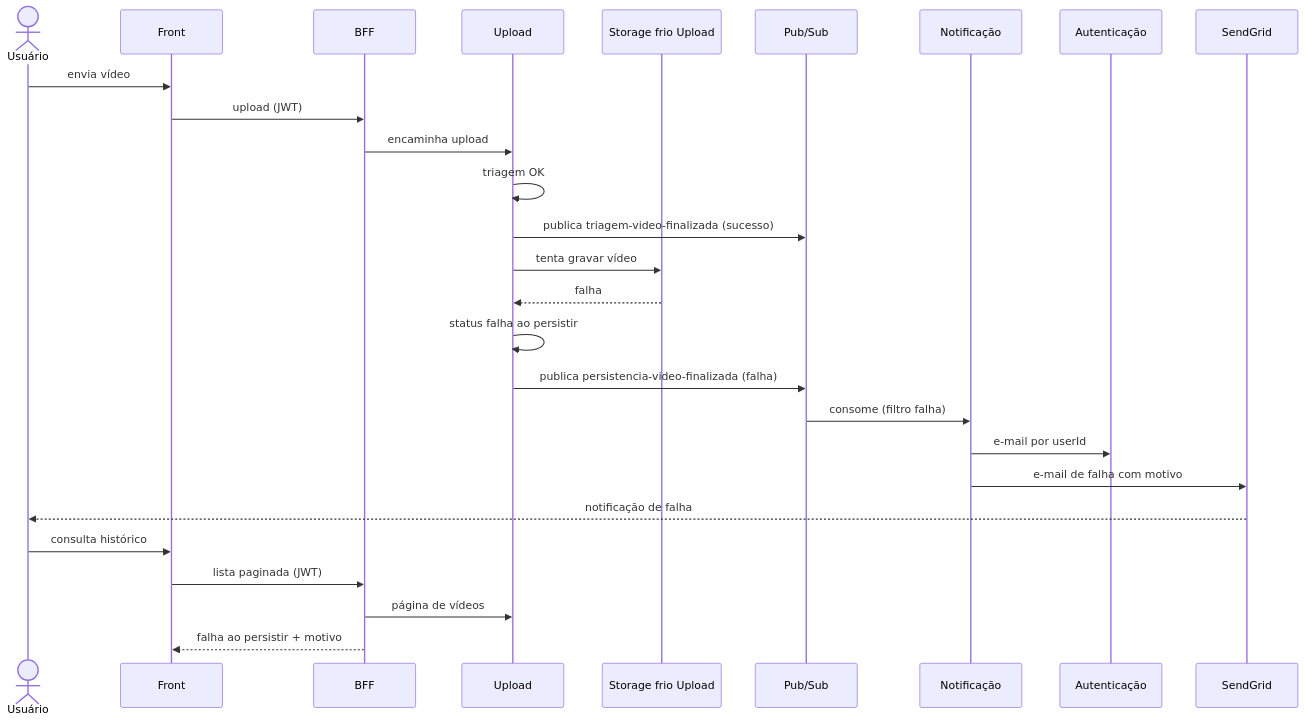
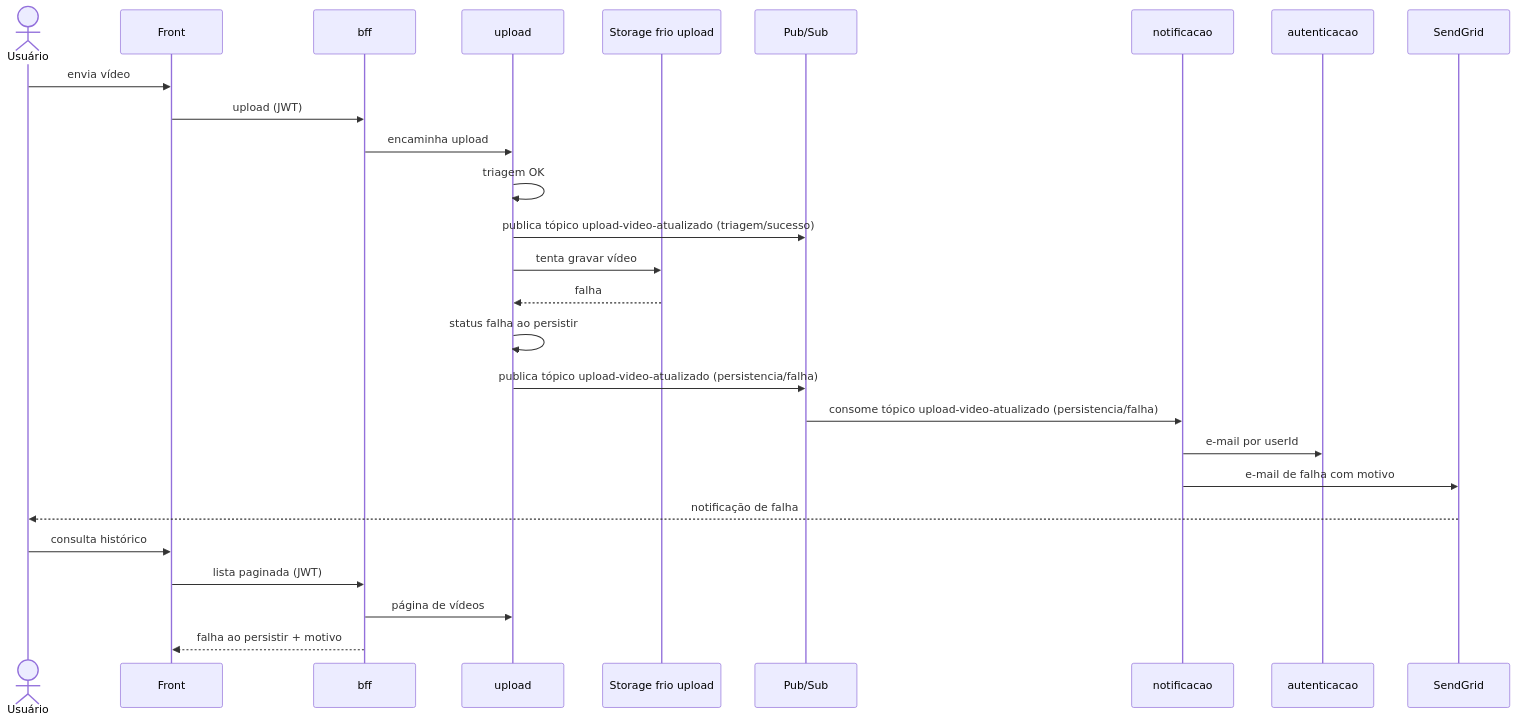
One commit to fiap-x-vcosta/docs changed the diagram in fluxo-e-estados/04_falha-ao-persistir.md. Above: the diagram before and after it, drawn with Mermaid. The commit also changed 41 other files, not shown here.

````diff
--- a/fluxo-e-estados/04_falha-ao-persistir.md
+++ b/fluxo-e-estados/04_falha-ao-persistir.md
@@ -1,30 +1,30 @@
 ```mermaid
 sequenceDiagram
   actor U as Usuário
   participant Web as Front
-  participant BFF as BFF
-  participant Up as Upload
-  participant FrioUp as Storage frio Upload
+  participant Bff as bff
+  participant Up as upload
+  participant FrioUp as Storage frio upload
   participant Bus as Pub/Sub
-  participant Notif as Notificação
-  participant Auth as Autenticação
+  participant Notif as notificacao
+  participant Auth as autenticacao
   participant SG as SendGrid
 
   U->>Web: envia vídeo
-  Web->>BFF: upload (JWT)
-  BFF->>Up: encaminha upload
+  Web->>Bff: upload (JWT)
+  Bff->>Up: encaminha upload
   Up->>Up: triagem OK
-  Up->>Bus: publica triagem-video-finalizada (sucesso)
+  Up->>Bus: publica tópico upload-video-atualizado (triagem/sucesso)
   Up->>FrioUp: tenta gravar vídeo
   FrioUp-->>Up: falha
   Up->>Up: status falha ao persistir
-  Up->>Bus: publica persistencia-video-finalizada (falha)
-  Bus->>Notif: consome (filtro falha)
+  Up->>Bus: publica tópico upload-video-atualizado (persistencia/falha)
+  Bus->>Notif: consome tópico upload-video-atualizado (persistencia/falha)
   Notif->>Auth: e-mail por userId
   Notif->>SG: e-mail de falha com motivo
   SG-->>U: notificação de falha
   U->>Web: consulta histórico
-  Web->>BFF: lista paginada (JWT)
-  BFF->>Up: página de vídeos
-  BFF-->>Web: falha ao persistir + motivo
+  Web->>Bff: lista paginada (JWT)
+  Bff->>Up: página de vídeos
+  Bff-->>Web: falha ao persistir + motivo
 ```
````
